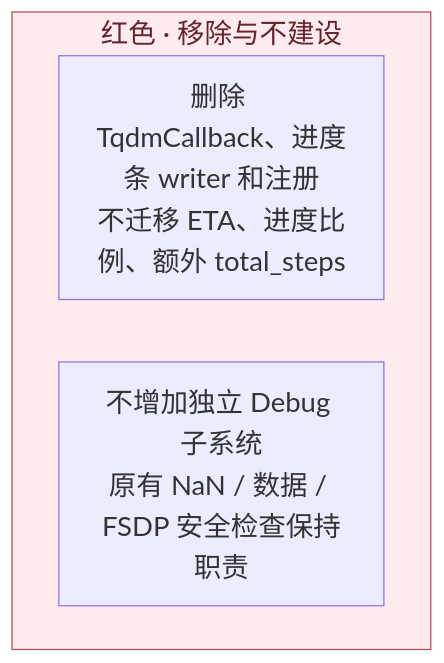
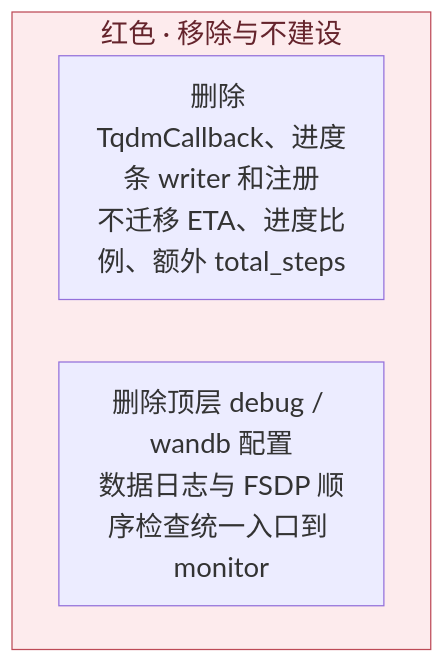
Before and after one commit to mindspore-ai/hyper-parallel: the second of 2 diagrams in docs/design/trainer_monitoring_plan.md, drawn with Mermaid. The commit also changed other lines of this file and 42 other files, not shown here.

````diff
--- a/docs/design/trainer_monitoring_plan.md
+++ b/docs/design/trainer_monitoring_plan.md
@@ -42,9 +42,9 @@
 ```mermaid
 %%{init: {"themeVariables": {"fontSize": "22px"}}}%%
 flowchart TB
     subgraph REMOVE["红色 · 移除与不建设"]
         X["删除 TqdmCallback、进度条 writer 和注册<br/>不迁移 ETA、进度比例、额外 total_steps"]
-        Y["不增加独立 Debug 子系统<br/>原有 NaN / 数据 / FSDP 安全检查保持职责"]
+        Y["删除顶层 debug / wandb 配置<br/>数据日志与 FSDP 顺序检查统一入口到 monitor"]
     end
     style REMOVE fill:#fdebed,stroke:#bd4a57,color:#65242c
 ```
````
